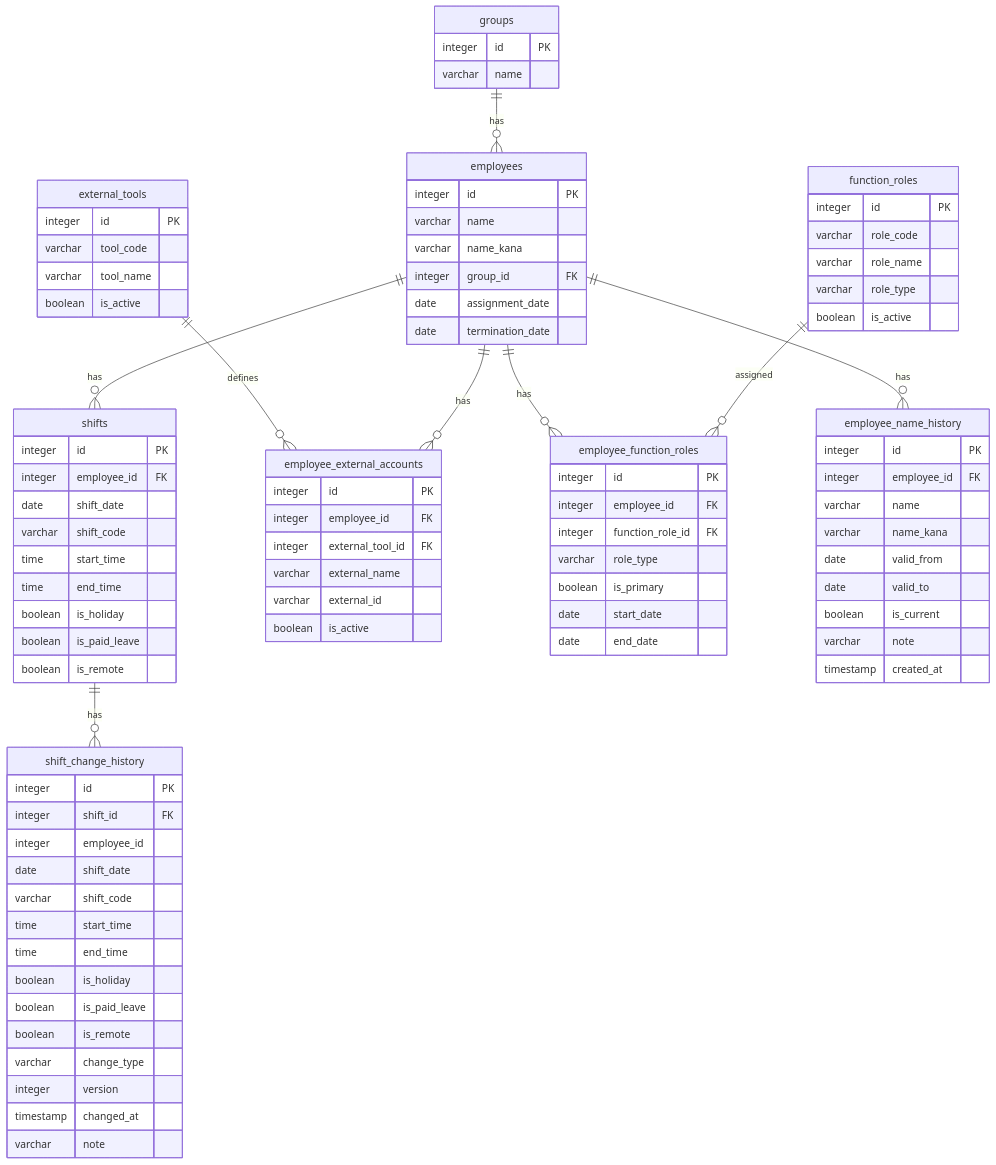
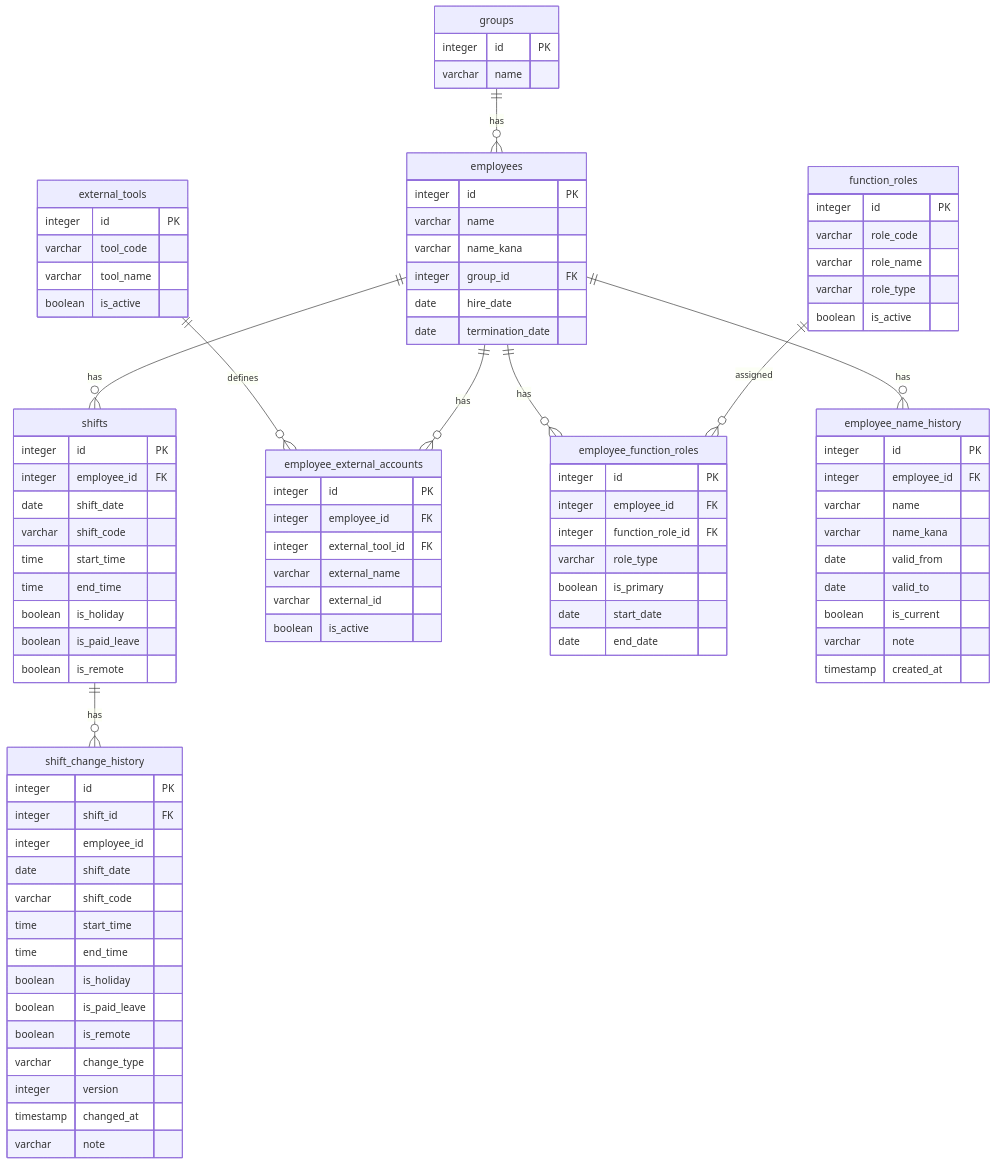
The diagram in docs/shift_database_schema_v9.md (ekrsw/my_app), drawn with Mermaid before and after one commit. The commit also changed other lines of this file and 41 other files, not shown here.

```diff
--- a/docs/shift_database_schema_v9.md
+++ b/docs/shift_database_schema_v9.md
@@ -29,7 +29,7 @@
         varchar name
         varchar name_kana
         integer group_id FK
-        date assignment_date
+        date hire_date
         date termination_date
     }
 
```
